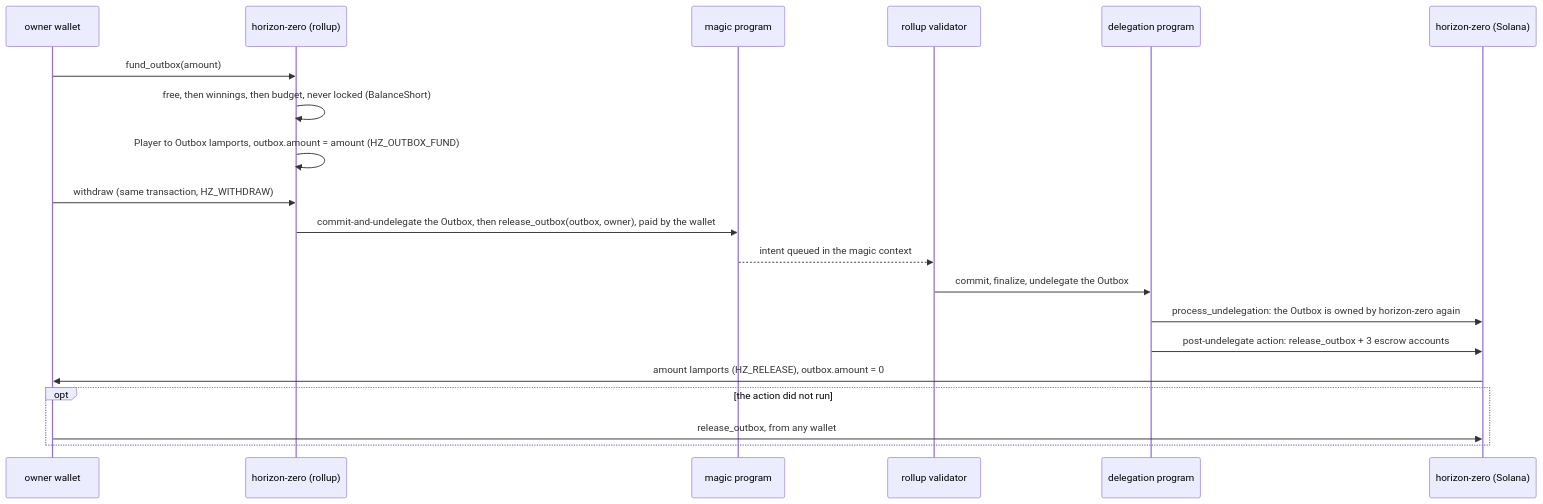
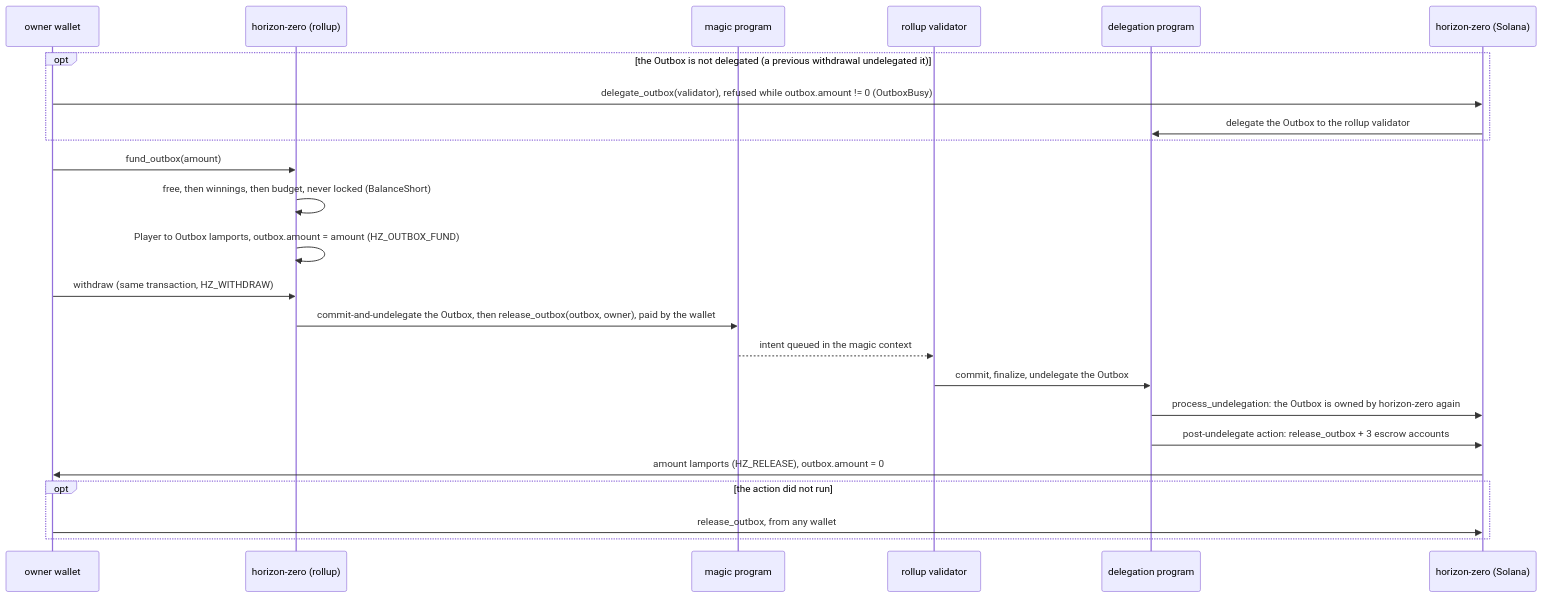
Before and after one commit to Dodecahedr0x/horizon-zero: the third of 4 diagrams in docs/src/matchmaking.md, drawn with Mermaid. The commit also changed other lines of this file and 6 other files, not shown here.

First line of the commit message:
feat: delegate player, outbox, config and battlegrounds to the rollup

````diff
--- a/docs/src/matchmaking.md
+++ b/docs/src/matchmaking.md
@@ -102,22 +102,26 @@
 ```mermaid
 sequenceDiagram
   participant Wallet as owner wallet
   participant ER as horizon-zero (rollup)
   participant Magic as magic program
   participant Validator as rollup validator
   participant DLP as delegation program
   participant Base as horizon-zero (Solana)
+  opt the Outbox is not delegated (a previous withdrawal undelegated it)
+    Wallet->>Base: delegate_outbox(validator), refused while outbox.amount != 0 (OutboxBusy)
+    Base->>DLP: delegate the Outbox to the rollup validator
+  end
   Wallet->>ER: fund_outbox(amount)
   ER->>ER: free, then winnings, then budget, never locked (BalanceShort)
   ER->>ER: Player to Outbox lamports, outbox.amount = amount (HZ_OUTBOX_FUND)
   Wallet->>ER: withdraw (same transaction, HZ_WITHDRAW)
   ER->>Magic: commit-and-undelegate the Outbox, then release_outbox(outbox, owner), paid by the wallet
   Magic-->>Validator: intent queued in the magic context
   Validator->>DLP: commit, finalize, undelegate the Outbox
   DLP->>Base: process_undelegation: the Outbox is owned by horizon-zero again
   DLP->>Base: post-undelegate action: release_outbox + 3 escrow accounts
   Base->>Wallet: amount lamports (HZ_RELEASE), outbox.amount = 0
   opt the action did not run
     Wallet->>Base: release_outbox, from any wallet
   end
 ```
````
